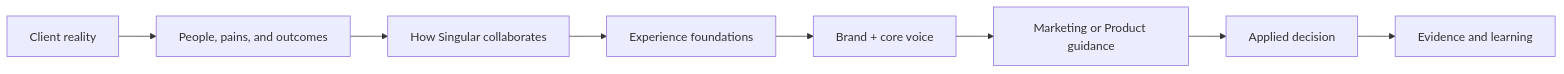
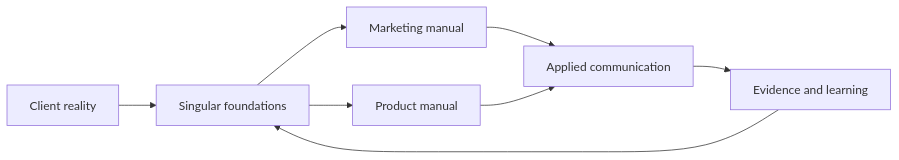
The diagram in docs/README.md (SingularAgency/Skill-Design-System), drawn with Mermaid before and after one commit. The commit also changed other lines of this file and 27 other files, not shown here.

Commit message:
Make Singular voice documentation feel Singular

````diff
--- a/docs/README.md
+++ b/docs/README.md
@@ -29,10 +38,10 @@
 ```mermaid
 flowchart LR
-    A["Client reality"] --> B["People, pains, and outcomes"]
-    B --> C["How Singular collaborates"]
-    C --> D["Experience foundations"]
-    D --> E["Brand + core voice"]
-    E --> F["Marketing or Product guidance"]
-    F --> G["Applied decision"]
-    G --> H["Evidence and learning"]
+    A["Client reality"] --> B["Singular foundations"]
+    B --> C["Marketing manual"]
+    B --> D["Product manual"]
+    C --> E["Applied communication"]
+    D --> E
+    E --> F["Evidence and learning"]
+    F --> B
 ```
````
